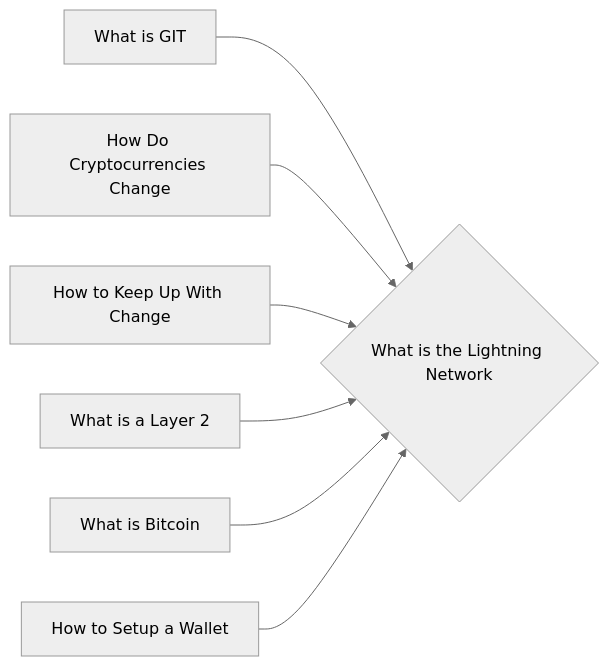
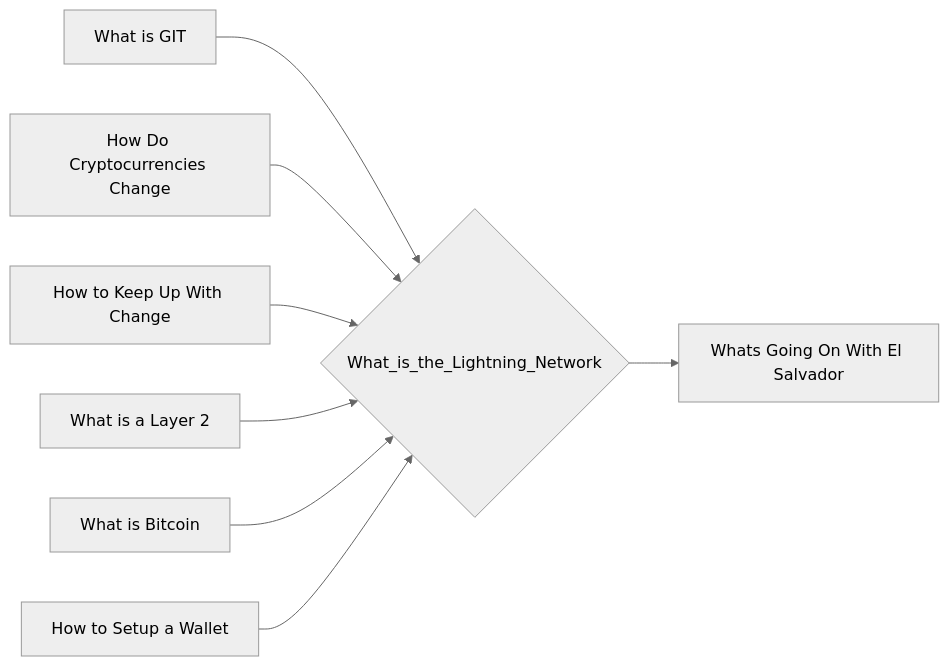
One commit to lpurdy01/crypto-knowledge-map changed the diagram in notes/What_is_the_Lightning_Network.md. Above: the diagram before and after it, drawn with Mermaid (neutral theme). The commit also changed 161 other files, not shown here.

````diff
--- a/notes/What_is_the_Lightning_Network.md
+++ b/notes/What_is_the_Lightning_Network.md
@@ -21,9 +21,10 @@
 ```mermaid
 graph LR
-1["What is GIT"]-->0{"What is the Lightning Network"}
-2["How Do Cryptocurrencies Change"]-->0{"What is the Lightning Network"}
-3["How to Keep Up With Change"]-->0{"What is the Lightning Network"}
-4["What is a Layer 2"]-->0{"What is the Lightning Network"}
-5["What is Bitcoin"]-->0{"What is the Lightning Network"}
-6["How to Setup a Wallet"]-->0{"What is the Lightning Network"}
+1["What is GIT"]-->0{"What_is_the_Lightning_Network"}
+2["How Do Cryptocurrencies Change"]-->0{"What_is_the_Lightning_Network"}
+3["How to Keep Up With Change"]-->0{"What_is_the_Lightning_Network"}
+4["What is a Layer 2"]-->0{"What_is_the_Lightning_Network"}
+5["What is Bitcoin"]-->0{"What_is_the_Lightning_Network"}
+6["How to Setup a Wallet"]-->0{"What_is_the_Lightning_Network"}
+0{"What_is_the_Lightning_Network"}-->7["Whats Going On With El Salvador"]
 ```
````
